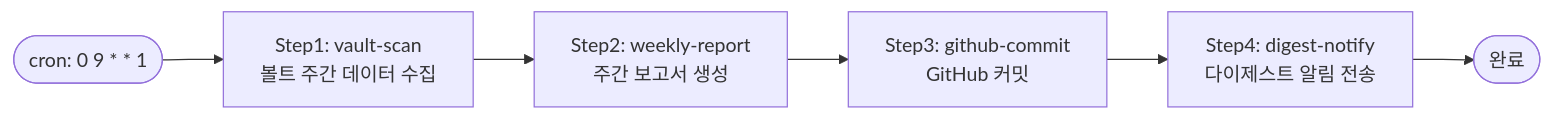
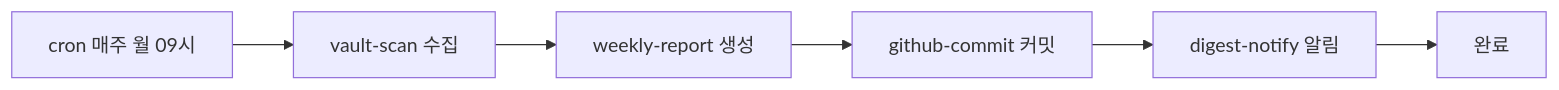
The fifth of 7 diagrams in docs/FLOW CHART.md (pandol69kim-bot/gitautopipe), drawn with Mermaid before and after one commit. The commit also changed other lines of this file and 5 other files, not shown here.

Commit message:
feat: Add new diagrams and update existing documentation for improved clarity and Mermaid compatibility

````diff
--- a/docs/FLOW CHART.md
+++ b/docs/FLOW CHART.md
@@ -81,8 +81,8 @@
 ```mermaid
 flowchart LR
-    Cron([cron: 0 9 * * 1]) --> Step1[Step1: vault-scan\n볼트 주간 데이터 수집]
-    Step1 --> Step2[Step2: weekly-report\n주간 보고서 생성]
-    Step2 --> Step3[Step3: github-commit\nGitHub 커밋]
-    Step3 --> Step4[Step4: digest-notify\n다이제스트 알림 전송]
-    Step4 --> Done([완료])
+    Cron[cron 매주 월 09시] --> Step1[vault-scan 수집]
+    Step1 --> Step2[weekly-report 생성]
+    Step2 --> Step3[github-commit 커밋]
+    Step3 --> Step4[digest-notify 알림]
+    Step4 --> Done[완료]
 ```
````
